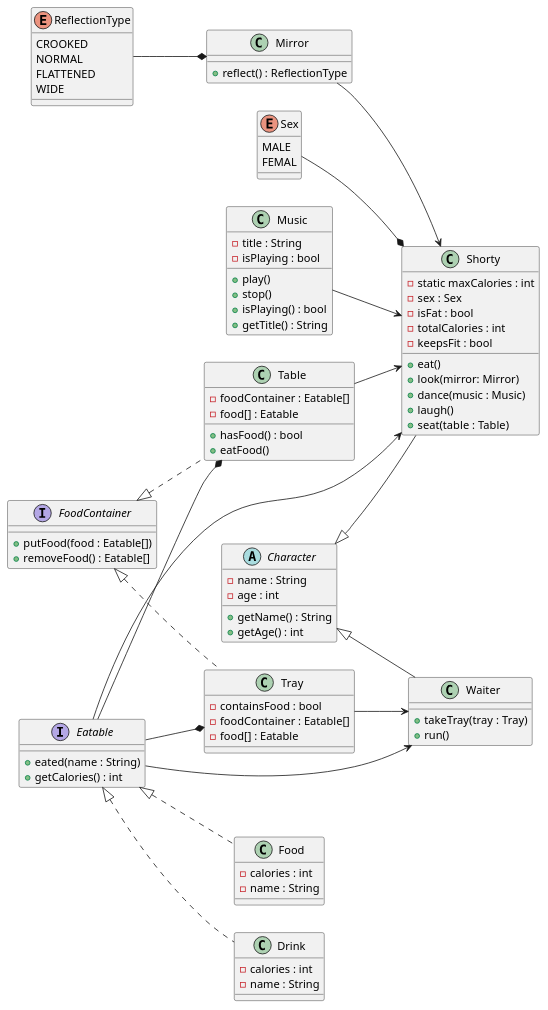
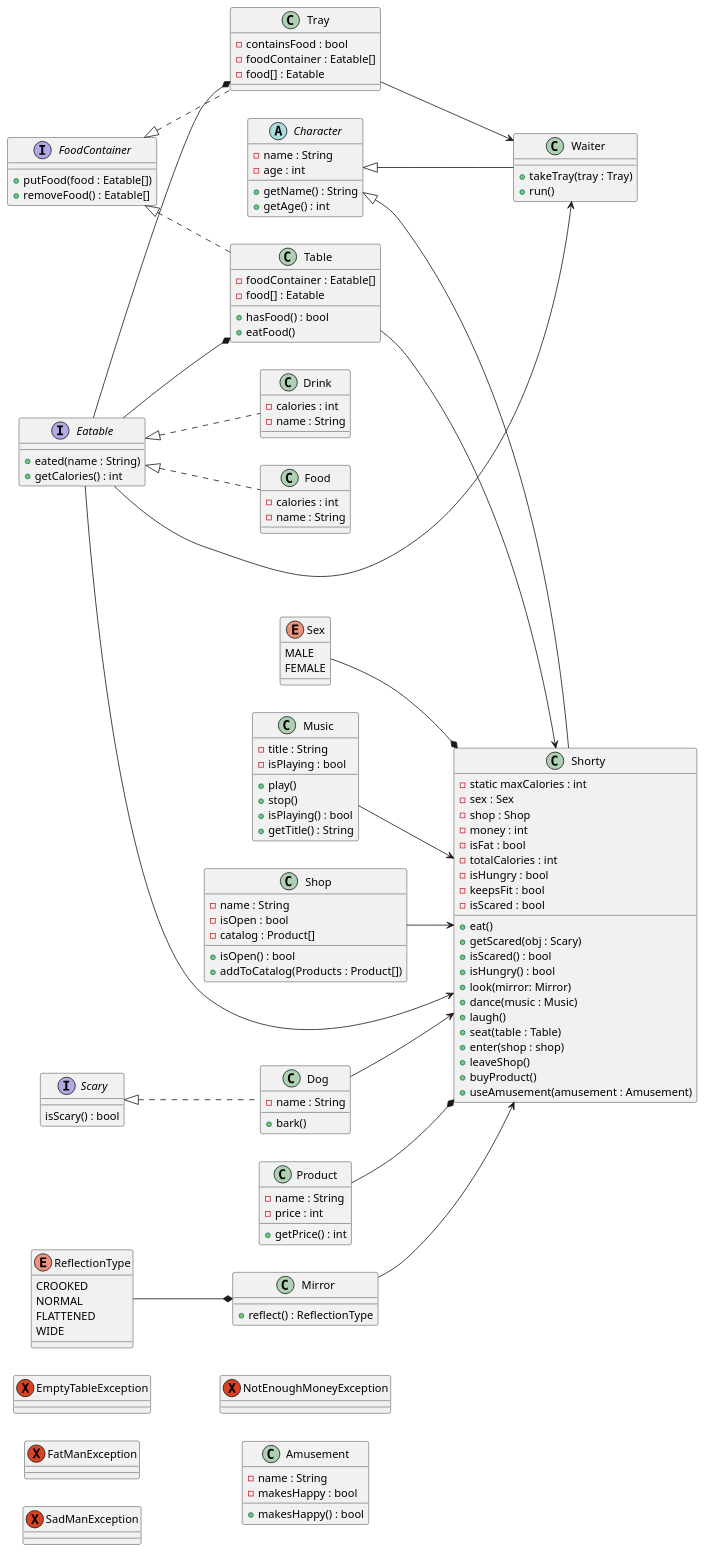
Before and after one commit to lolkek22854/lab2: the diagram in doc/struct.puml, drawn with PlantUML. The commit also changed 15 other files, not shown here.

```diff
--- a/doc/struct.puml
+++ b/doc/struct.puml
@@ -1,92 +1,135 @@
 @startuml
 'https://plantuml.com/sequence-diagram
 
 left to right direction
 
 'package utils {
-    interface FoodContainer{
-        + putFood(food : Eatable[])
-        + removeFood() : Eatable[]
+interface FoodContainer{
+    + putFood(food : Eatable[])
+    + removeFood() : Eatable[]
+}
+abstract class Character {
+    - name : String
+    - age : int
+    + getName() : String
+    + getAge() : int
+}
+interface Eatable{
+    + eated(name : String)
+    + getCalories() : int
+}
+
+exception EmptyTableException
+exception FatManException
+exception SadManException
+exception NotEnoughMoneyException
+enum ReflectionType{
+    CROOKED
+    NORMAL
+    FLATTENED
+    WIDE
+}
+enum Sex{
+        MALE
+        FEMALE
     }
-    abstract class Character {
-        - name : String
-        - age : int
-        + getName() : String
-        + getAge() : int
-    }
-    interface Eatable{
-        + eated(name : String)
-        + getCalories() : int
-    }
-    enum ReflectionType{
-        CROOKED
-        NORMAL
-        FLATTENED
-        WIDE
-    }
-    enum Sex{
-            MALE
-            FEMAL
-        }
 '}
 
 'package core{
-    class Table implements FoodContainer{
-        - foodContainer : Eatable[]
-        - food[] : Eatable
-        + hasFood() : bool
-        + eatFood()
+class Product{
+    -name : String
+    -price : int
+    +getPrice() : int
+}
+class Shop{
+    -name : String
+    -isOpen : bool
+    -catalog : Product[]
+    +isOpen() : bool
+    +addToCatalog(Products : Product[])
+}
+class Dog implements Scary{
+    -name : String
+    +bark()
+}
+class Amusement{
+    -name : String
+    -makesHappy : bool
+    +makesHappy() : bool
+}
+class Table implements FoodContainer{
+    - foodContainer : Eatable[]
+    - food[] : Eatable
+    + hasFood() : bool
+    + eatFood()
+}
+class Tray implements FoodContainer{
+    - containsFood : bool
+    - foodContainer : Eatable[]
+    - food[] : Eatable
+}
+interface Scary{
+    isScary() : bool
+}
+class Music {
+ - title : String
+ - isPlaying : bool
+ + play()
+ + stop()
+ + isPlaying() : bool
+ + getTitle() : String
+}
+class Food implements Eatable{
+- calories : int
+    - name : String
+}
+class Drink implements Eatable {
+    - calories : int
+    - name : String
+}
+class Mirror{
++ reflect() : ReflectionType
+}
+class Shorty extends Character{
+        - static maxCalories : int
+        - sex : Sex
+        - shop : Shop
+        - money : int
+        - isFat : bool
+        - totalCalories : int
+        - isHungry : bool
+        - keepsFit : bool
+        - isScared : bool
+        + eat()
+        + getScared(obj : Scary)
+        + isScared() : bool
+        + isHungry() : bool
+        + look(mirror: Mirror)
+        + dance(music : Music)
+        + laugh()
+        + seat(table : Table)
+        + enter(shop : shop)
+        + leaveShop()
+        + buyProduct()
+        + useAmusement(amusement : Amusement)
     }
-    class Tray implements FoodContainer{
-        - containsFood : bool
-        - foodContainer : Eatable[]
-        - food[] : Eatable
-    }
-    class Music {
-     - title : String
-     - isPlaying : bool
-     + play()
-     + stop()
-     + isPlaying() : bool
-     + getTitle() : String
-    }
-    class Food implements Eatable{
-    - calories : int
-        - name : String
-    }
-    class Drink implements Eatable {
-        - calories : int
-        - name : String
-    }
-    class Mirror{
-    + reflect() : ReflectionType
-    }
-    class Shorty extends Character{
-            - static maxCalories : int
-            - sex : Sex
-            - isFat : bool
-            - totalCalories : int
-            - keepsFit : bool
-            + eat()
-            + look(mirror: Mirror)
-            + dance(music : Music)
-            + laugh()
-            + seat(table : Table)
-        }
-    class Waiter extends Character{
-        + takeTray(tray : Tray)
-        + run()
-    }
-    ReflectionType --* Mirror
-    Music --> Shorty
-    Eatable --> Waiter
-    Eatable --> Shorty
-    Eatable --* Tray
-    Eatable --* Table
-    Mirror --> Shorty
-    Table --> Shorty
-    Tray --> Waiter
-    Sex --* Shorty
+class Waiter extends Character{
+    + takeTray(tray : Tray)
+    + run()
+}
+ReflectionType --* Mirror
+Music --> Shorty
+Eatable --> Waiter
+Eatable --> Shorty
+Eatable --* Tray
+Eatable --* Table
+Mirror --> Shorty
+Table --> Shorty
+Tray --> Waiter
+Sex --* Shorty
+Product --* Shorty
+Shop --> Shorty
+Dog --> Shorty
 
 '}
 @enduml
```
